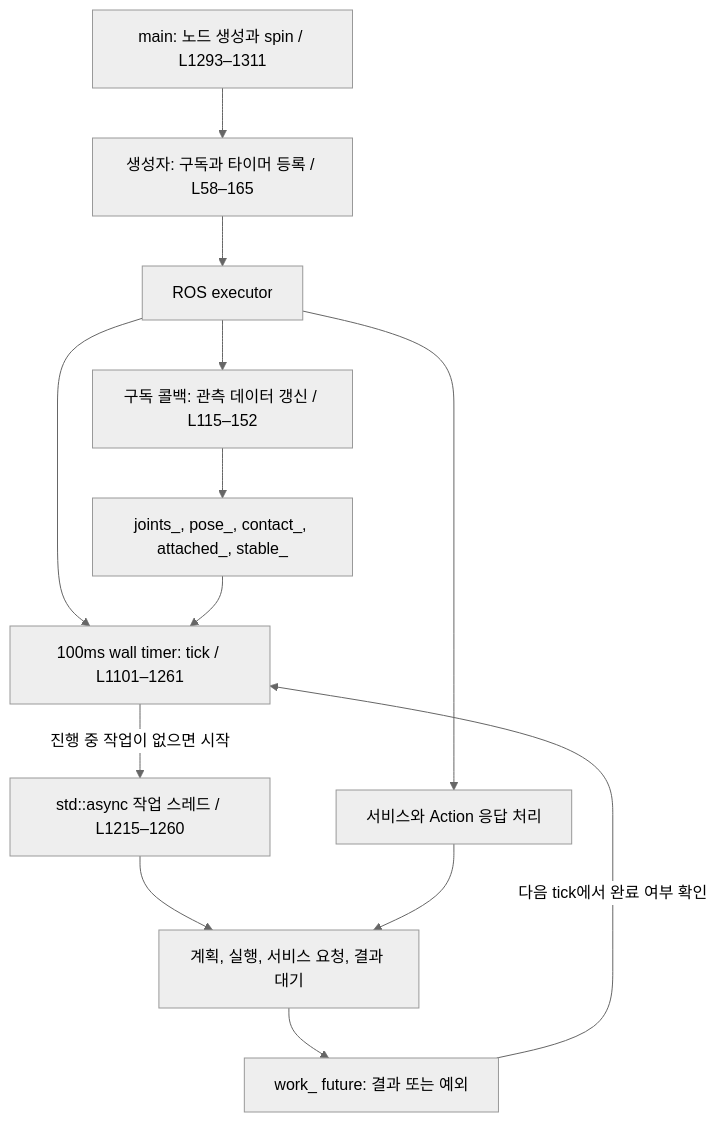
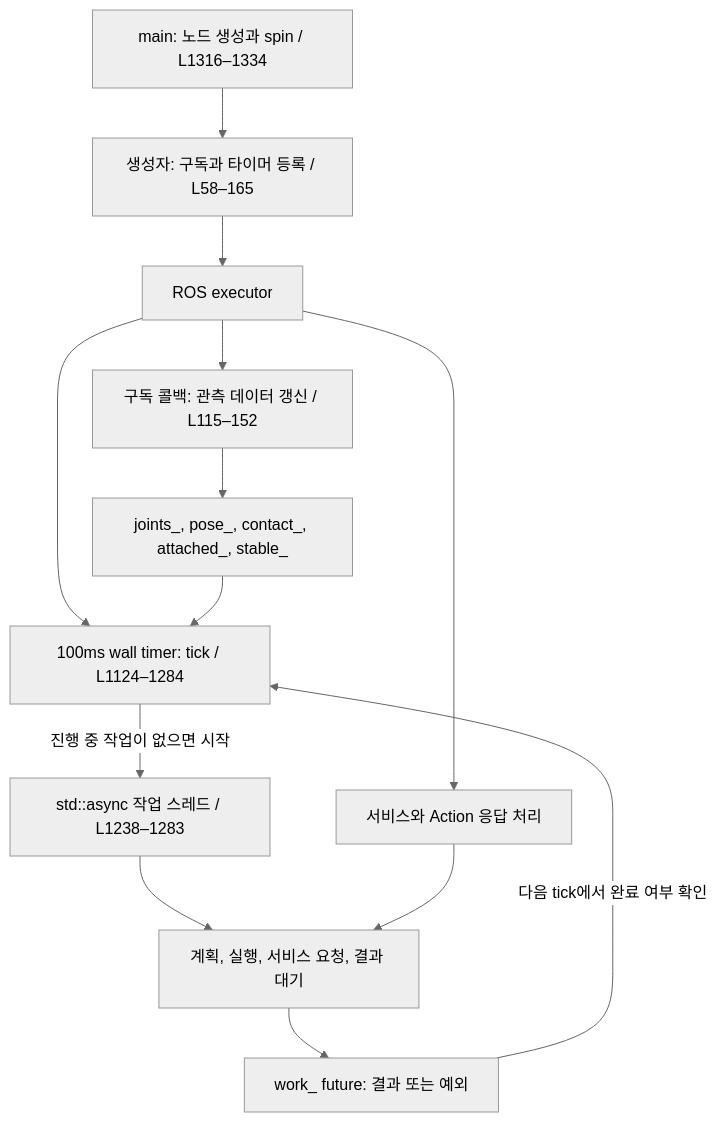
Before and after one commit to dongseoki/my_arm_with_ball: the first of 4 diagrams in docs/pick_and_place_test_cpp해설.md, drawn with Mermaid (neutral theme). The commit also changed other lines of this file and 1 other file, not shown here.

````diff
--- a/docs/pick_and_place_test_cpp해설.md
+++ b/docs/pick_and_place_test_cpp해설.md
@@ -22,15 +22,15 @@
 ```mermaid
 flowchart TD
-    MAIN["main: 노드 생성과 spin / L1293–1311"] --> INIT["생성자: 구독과 타이머 등록 / L58–165"]
+    MAIN["main: 노드 생성과 spin / L1316–1334"] --> INIT["생성자: 구독과 타이머 등록 / L58–165"]
     INIT --> EXEC["ROS executor"]
     EXEC --> SUB["구독 콜백: 관측 데이터 갱신 / L115–152"]
-    EXEC --> TICK["100ms wall timer: tick / L1101–1261"]
+    EXEC --> TICK["100ms wall timer: tick / L1124–1284"]
     EXEC --> RESP["서비스와 Action 응답 처리"]
     SUB --> DATA["joints_, pose_, contact_, attached_, stable_"]
     DATA --> TICK
-    TICK -->|"진행 중 작업이 없으면 시작"| ASYNC["std::async 작업 스레드 / L1215–1260"]
+    TICK -->|"진행 중 작업이 없으면 시작"| ASYNC["std::async 작업 스레드 / L1238–1283"]
     ASYNC --> WORK["계획, 실행, 서비스 요청, 결과 대기"]
     RESP --> WORK
     WORK --> FUTURE["work_ future: 결과 또는 예외"]
     FUTURE -->|"다음 tick에서 완료 여부 확인"| TICK
 ```
````
